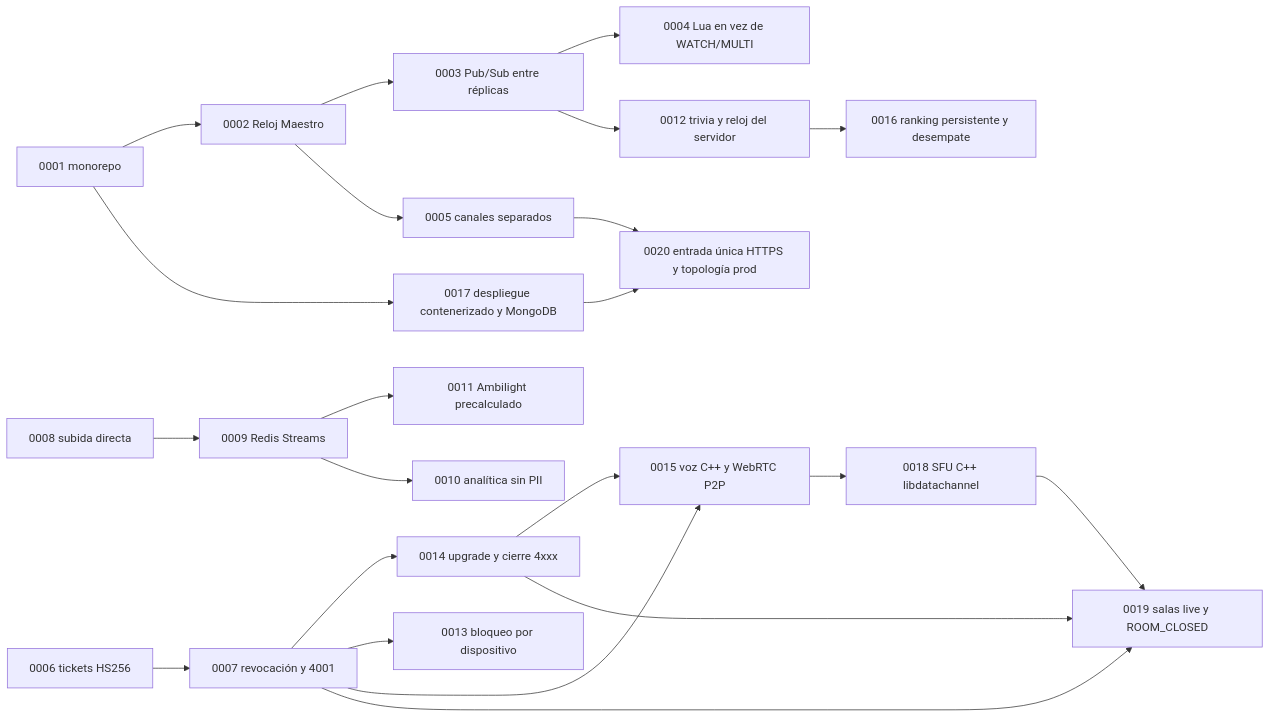
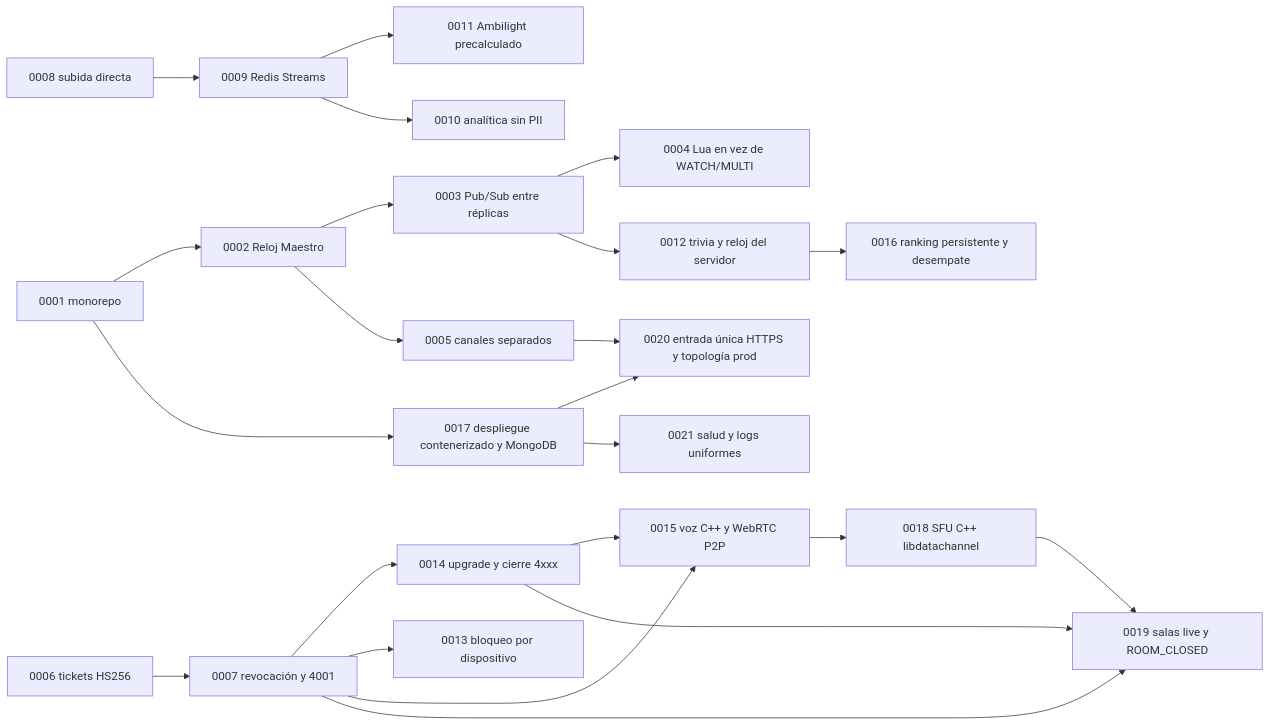
The diagram in docs/adr/README.md (TINTOrganization/TINT), drawn with Mermaid before and after one commit. The commit also changed other lines of this file and 1 other file, not shown here.

Commit message:
docs(observabilidad): define el contrato de salud y logs (ADR 0021)

````diff
--- a/docs/adr/README.md
+++ b/docs/adr/README.md
@@ -32,24 +33,25 @@
 ```mermaid
 flowchart LR
     A1["0001 monorepo"] --> A2["0002 Reloj Maestro"]
     A2 --> A3["0003 Pub/Sub entre réplicas"]
     A3 --> A4["0004 Lua en vez de WATCH/MULTI"]
     A2 --> A5["0005 canales separados"]
     A6["0006 tickets HS256"] --> A7["0007 revocación y 4001"]
     A7 --> A14["0014 upgrade y cierre 4xxx"]
     A7 --> A13["0013 bloqueo por dispositivo"]
     A7 --> A15["0015 voz C++ y WebRTC P2P"]
     A14 --> A15
     A8["0008 subida directa"] --> A9["0009 Redis Streams"]
     A9 --> A11["0011 Ambilight precalculado"]
     A9 --> A10["0010 analítica sin PII"]
     A3 --> A12["0012 trivia y reloj del servidor"]
     A12 --> A16["0016 ranking persistente y desempate"]
     A1 --> A17["0017 despliegue contenerizado y MongoDB"]
     A15 --> A18["0018 SFU C++ libdatachannel"]
     A7 --> A19["0019 salas live y ROOM_CLOSED"]
     A14 --> A19
     A18 --> A19
     A17 --> A20["0020 entrada única HTTPS y topología prod"]
     A5 --> A20
+    A17 --> A21["0021 salud y logs uniformes"]
 ```
````
